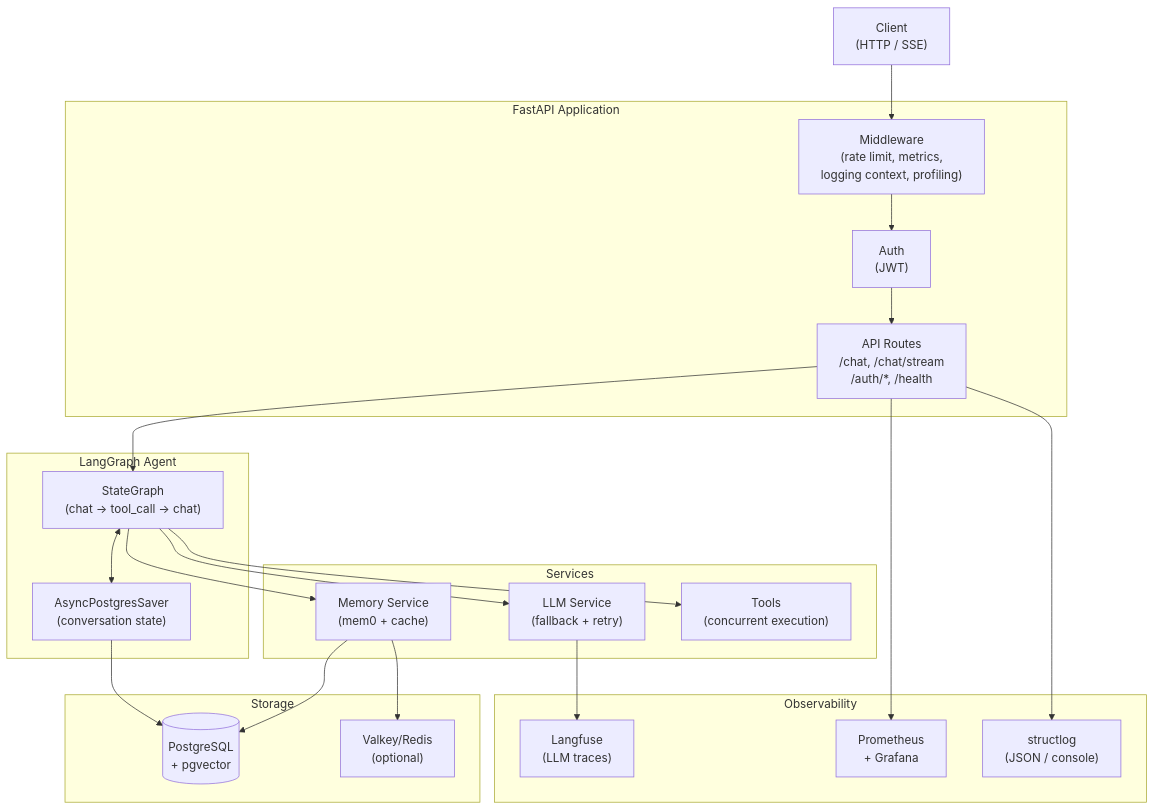
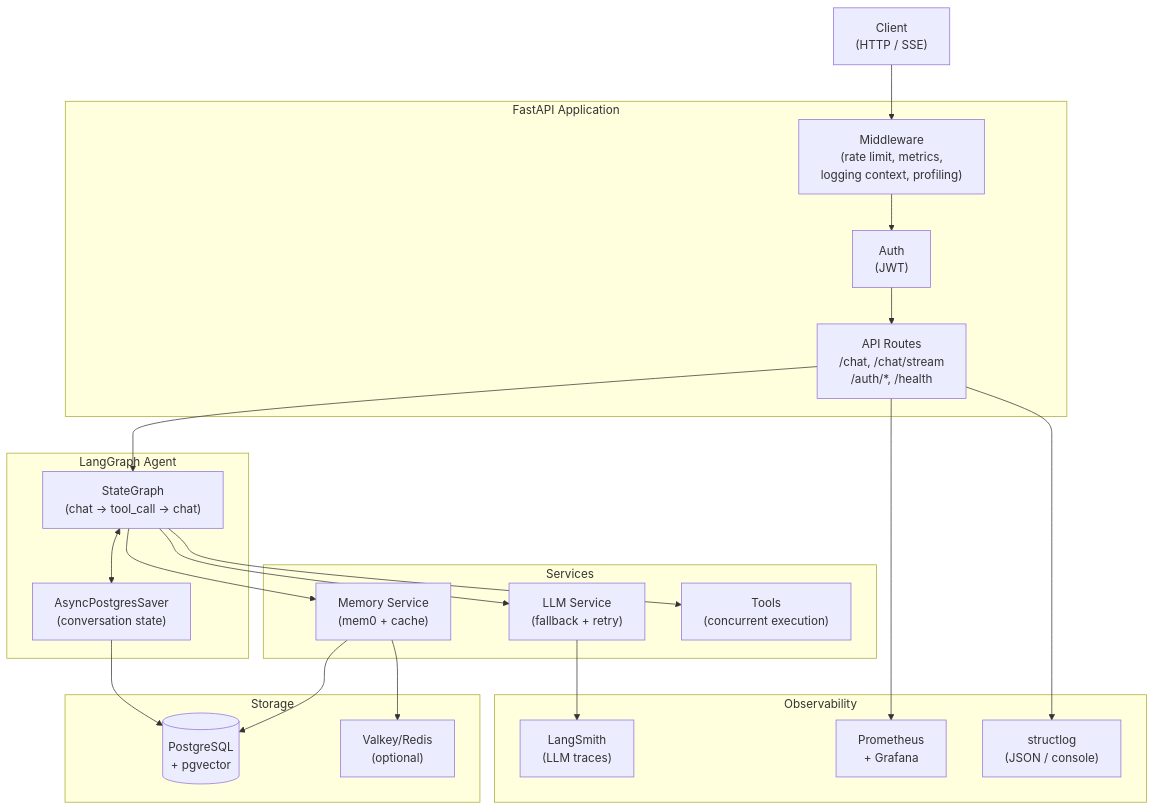
Before and after one commit to hrishikesh2708/dh_agentic_workspace: the first of 3 diagrams in backend/docs/architecture.md, drawn with Mermaid. The commit also changed 22 other files, not shown here.

````diff
--- a/backend/docs/architecture.md
+++ b/backend/docs/architecture.md
@@ -5,43 +5,43 @@
 ```mermaid
 graph TB
     Client["Client\n(HTTP / SSE)"]
 
     subgraph FastAPI["FastAPI Application"]
         MW["Middleware\n(rate limit, metrics,\nlogging context, profiling)"]
         Auth["Auth\n(JWT)"]
         API["API Routes\n/chat, /chat/stream\n/auth/*, /health"]
     end
 
     subgraph Agent["LangGraph Agent"]
         Graph["StateGraph\n(chat → tool_call → chat)"]
         Checkpointer["AsyncPostgresSaver\n(conversation state)"]
     end
 
     subgraph Services["Services"]
         LLM["LLM Service\n(fallback + retry)"]
         Memory["Memory Service\n(mem0 + cache)"]
         Tools["Tools\n(concurrent execution)"]
     end
 
     subgraph Storage["Storage"]
         PG[("PostgreSQL\n+ pgvector")]
         Cache["Valkey/Redis\n(optional)"]
     end
 
     subgraph Observability["Observability"]
-        Langfuse["Langfuse\n(LLM traces)"]
+        LangSmith["LangSmith\n(LLM traces)"]
         Prometheus["Prometheus\n+ Grafana"]
         Logs["structlog\n(JSON / console)"]
     end
 
     Client --> MW --> Auth --> API
     API --> Graph
-    Graph --> LLM --> Langfuse
+    Graph --> LLM --> LangSmith
     Graph --> Tools
     Graph --> Memory --> Cache
     Graph <--> Checkpointer
     Memory --> PG
     Checkpointer --> PG
     API --> Prometheus
     API --> Logs
 ```
````
